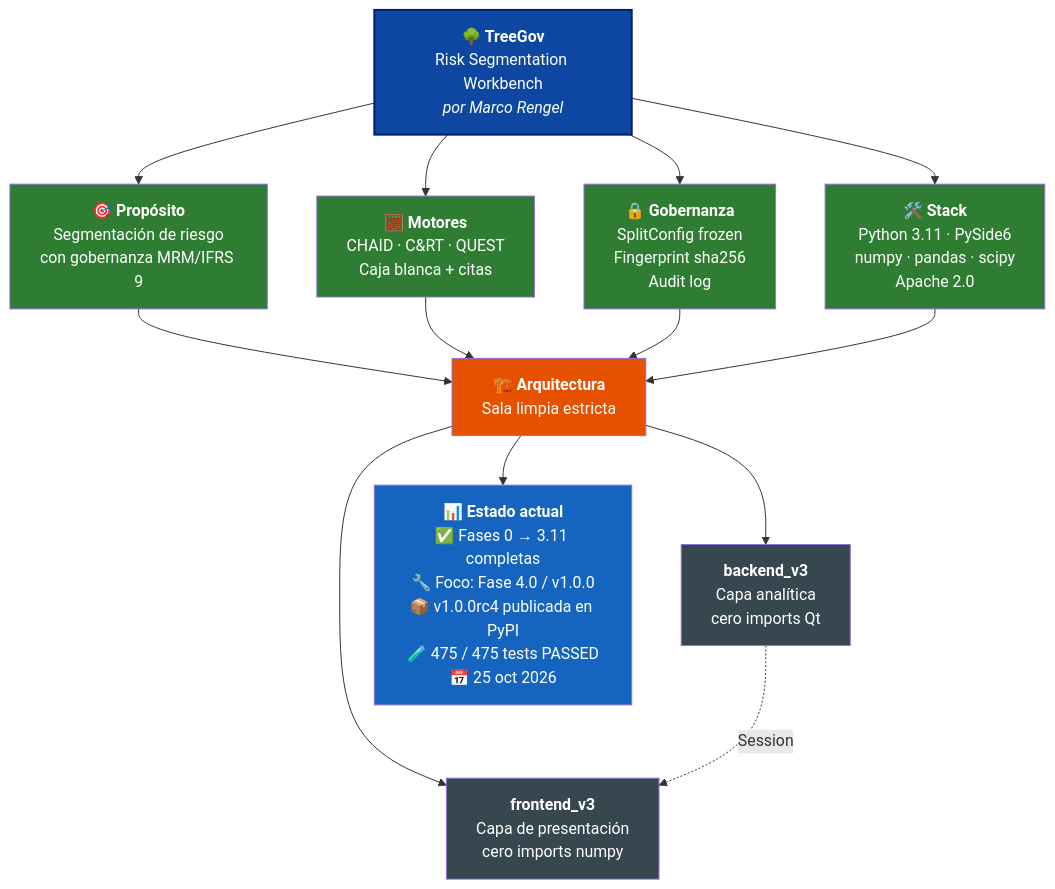
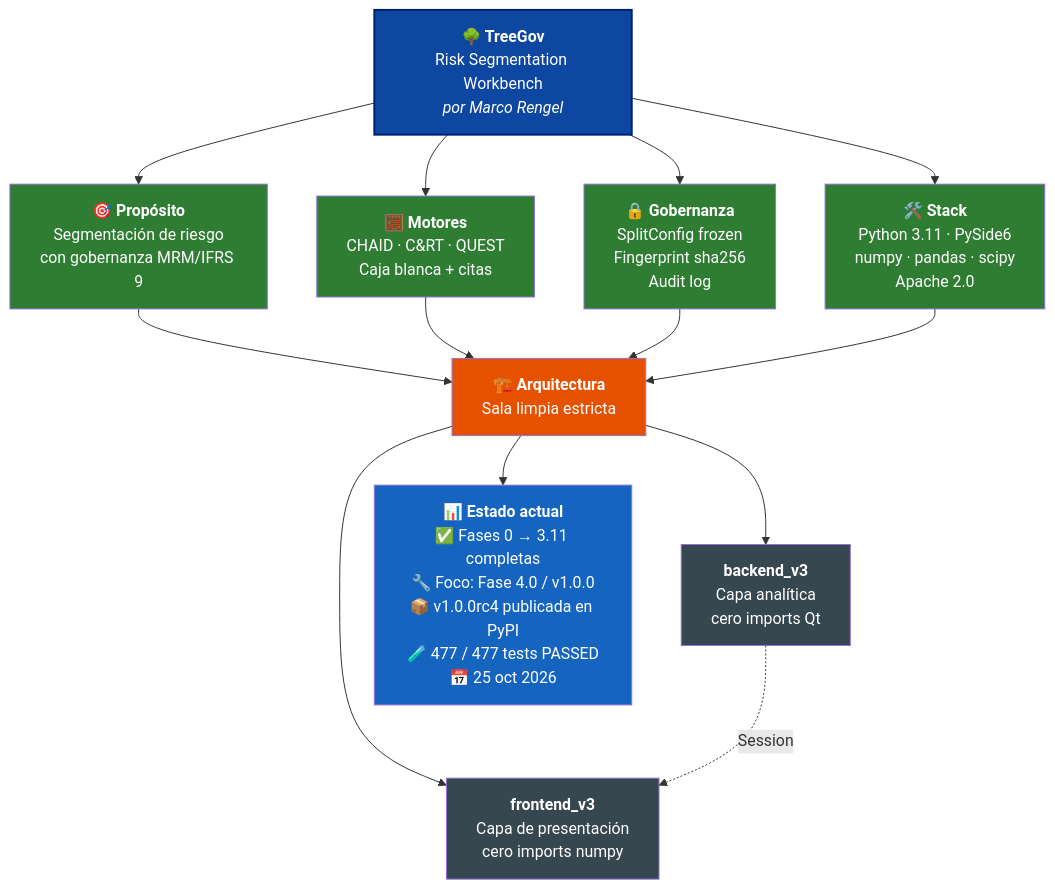
One commit to Marco-Rengel/treegov changed the diagram in README.es.md. Above: the diagram before and after it, drawn with Mermaid. The commit also changed other lines of this file and 8 other files, not shown here.

````diff
--- a/README.es.md
+++ b/README.es.md
@@ -38,31 +38,31 @@
 ```mermaid
 flowchart TB
     TG["<b>🌳 TreeGov</b><br/>Risk Segmentation Workbench<br/><i>por Marco Rengel</i>"]
 
     TG --> P["<b>🎯 Propósito</b><br/>Segmentación de riesgo<br/>con gobernanza MRM/IFRS 9"]
     TG --> M["<b>🧮 Motores</b><br/>CHAID · C&RT · QUEST<br/>Caja blanca + citas"]
     TG --> G["<b>🔒 Gobernanza</b><br/>SplitConfig frozen<br/>Fingerprint sha256<br/>Audit log"]
     TG --> S["<b>🛠️ Stack</b><br/>Python 3.11 · PySide6<br/>numpy · pandas · scipy<br/>Apache 2.0"]
 
     P --> ARQ["<b>🏗️ Arquitectura</b><br/>Sala limpia estricta"]
     M --> ARQ
     G --> ARQ
     S --> ARQ
 
     ARQ --> BE["<b>backend_v3</b><br/>Capa analítica<br/>cero imports Qt"]
     ARQ --> FE["<b>frontend_v3</b><br/>Capa de presentación<br/>cero imports numpy"]
 
     BE -.->|Session| FE
 
-    ARQ --> ST["<b>📊 Estado actual</b><br/>✅ Fases 0 → 3.11 completas<br/>🔧 Foco: Fase 4.0 / v1.0.0<br/>📦 v1.0.0rc4 publicada en PyPI<br/>🧪 475 / 475 tests PASSED<br/>📅 25 oct 2026"]
+    ARQ --> ST["<b>📊 Estado actual</b><br/>✅ Fases 0 → 3.11 completas<br/>🔧 Foco: Fase 4.0 / v1.0.0<br/>📦 v1.0.0rc4 publicada en PyPI<br/>🧪 477 / 477 tests PASSED<br/>📅 25 oct 2026"]
 
     style TG fill:#0D47A1,color:#fff,stroke:#002171,stroke-width:2px
     style P fill:#2E7D32,color:#fff
     style M fill:#2E7D32,color:#fff
     style G fill:#2E7D32,color:#fff
     style S fill:#2E7D32,color:#fff
     style ARQ fill:#E65100,color:#fff
     style BE fill:#37474F,color:#fff
     style FE fill:#37474F,color:#fff
     style ST fill:#1565C0,color:#fff
 ```
````
